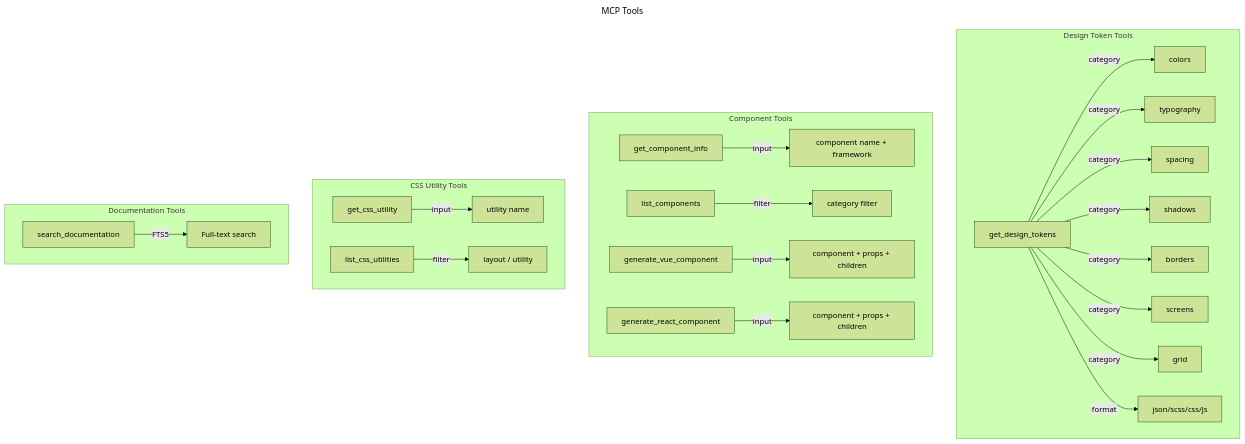
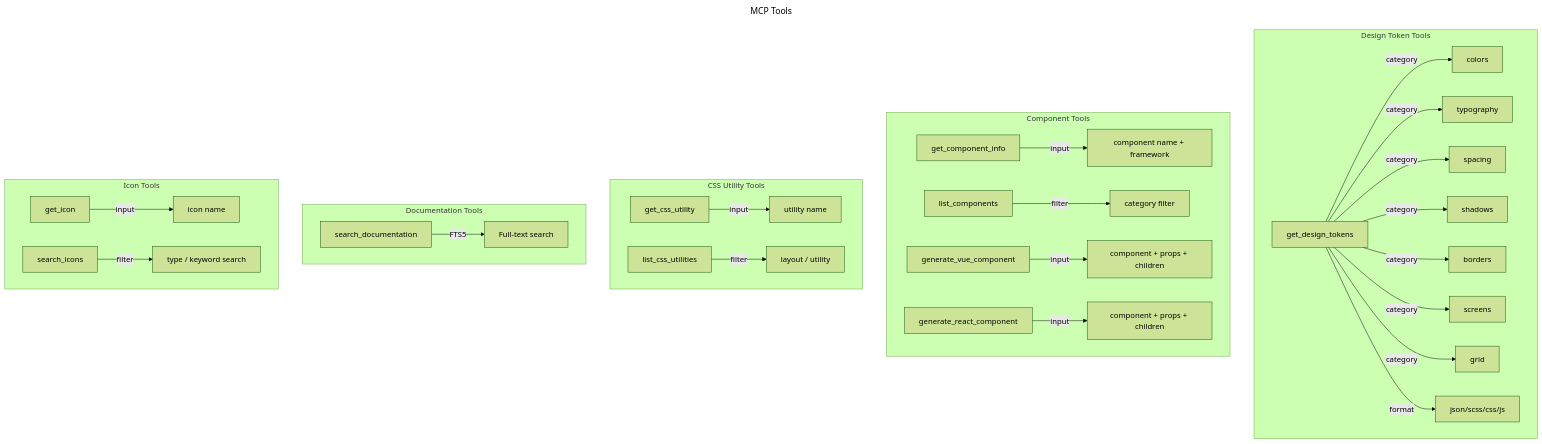
Before and after one commit to MerzoukeMansouri/adeo-mozaic-mcp: the diagram in docs/assets/tools.mmd, drawn with Mermaid (forest theme). The commit also changed 12 other files, not shown here.

Commit message:
refactor(docs): add icon-related tools and dataflow

```diff
--- a/docs/assets/tools.mmd
+++ b/docs/assets/tools.mmd
@@ -1,40 +1,48 @@
 ---
 title: MCP Tools
 ---
 flowchart TB
     subgraph TokenTools["Design Token Tools"]
         GT[get_design_tokens]
         GT -->|category| GTO1[colors]
         GT -->|category| GTO2[typography]
         GT -->|category| GTO3[spacing]
         GT -->|category| GTO4[shadows]
         GT -->|category| GTO5[borders]
         GT -->|category| GTO6[screens]
         GT -->|category| GTO7[grid]
         GT -->|format| GTF1[json/scss/css/js]
     end
 
     subgraph ComponentTools["Component Tools"]
         GC[get_component_info]
         LC[list_components]
         GVC[generate_vue_component]
         GRC[generate_react_component]
 
         GC -->|input| GCI[component name + framework]
         LC -->|filter| LCF[category filter]
         GVC -->|input| GVCI[component + props + children]
         GRC -->|input| GRCI[component + props + children]
     end
 
     subgraph CssTools["CSS Utility Tools"]
         GCU[get_css_utility]
         LCU[list_css_utilities]
 
         GCU -->|input| GCUI[utility name]
         LCU -->|filter| LCUF[layout / utility]
     end
 
     subgraph DocTools["Documentation Tools"]
         SD[search_documentation]
         SD -->|FTS5| SDR[Full-text search]
     end
+
+    subgraph IconTools["Icon Tools"]
+        GI[get_icon]
+        SI[search_icons]
+
+        GI -->|input| GII[icon name]
+        SI -->|filter| SIF[type / keyword search]
+    end
```
